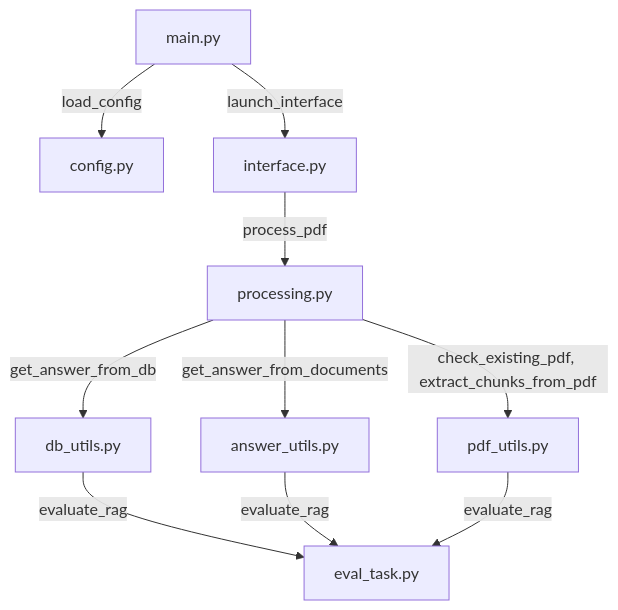
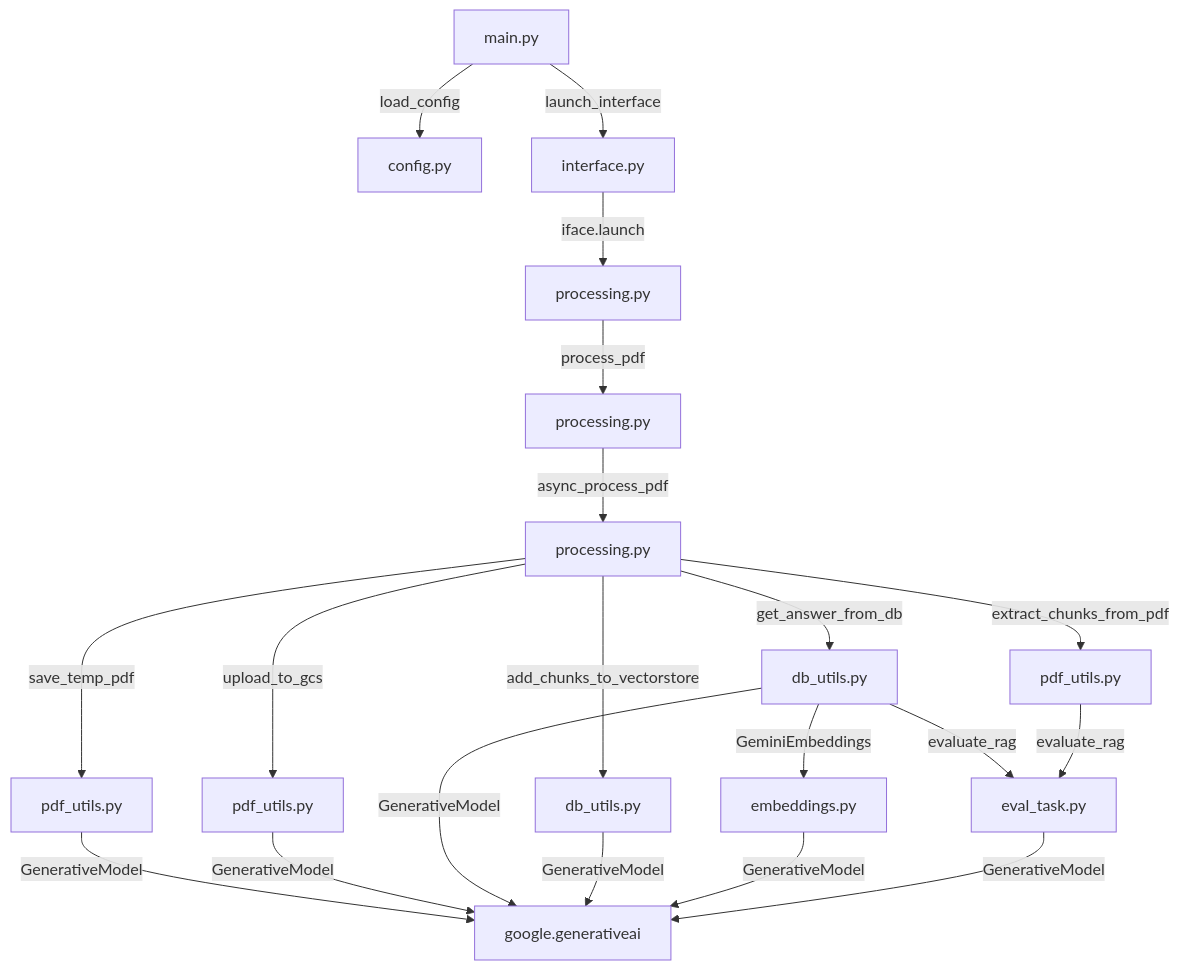
The diagram in README.md (shu-nagaoka/gemini-eval-langchain), drawn with Mermaid before and after one commit. The commit also changed 9 other files, not shown here.

````diff
--- a/README.md
+++ b/README.md
@@ -76,12 +76,22 @@
 ```mermaid
-graph TD
+graph TD;
     A[main.py] -->|load_config| B[config.py]
     A -->|launch_interface| C[interface.py]
-    C -->|process_pdf| D[processing.py]
-    D -->|get_answer_from_db| E[db_utils.py]
-    D -->|get_answer_from_documents| F[answer_utils.py]
-    D -->|check_existing_pdf, extract_chunks_from_pdf| G[pdf_utils.py]
-    E -->|evaluate_rag| H[eval_task.py]
-    F -->|evaluate_rag| H
-    G -->|evaluate_rag| H
+    C -->|iface.launch| D[processing.py]
+    D -->|process_pdf| E[processing.py]
+    E -->|async_process_pdf| F[processing.py]
+    F -->|extract_chunks_from_pdf| G[pdf_utils.py]
+    F -->|save_temp_pdf| H[pdf_utils.py]
+    F -->|upload_to_gcs| I[pdf_utils.py]
+    F -->|get_answer_from_db| J[db_utils.py]
+    F -->|add_chunks_to_vectorstore| K[db_utils.py]
+    J -->|GeminiEmbeddings| L[embeddings.py]
+    J -->|evaluate_rag| M[eval_task.py]
+    G -->|evaluate_rag| M
+    H -->|GenerativeModel| N[google.generativeai]
+    I -->|GenerativeModel| N
+    J -->|GenerativeModel| N
+    K -->|GenerativeModel| N
+    L -->|GenerativeModel| N
+    M -->|GenerativeModel| N
 ```
````
